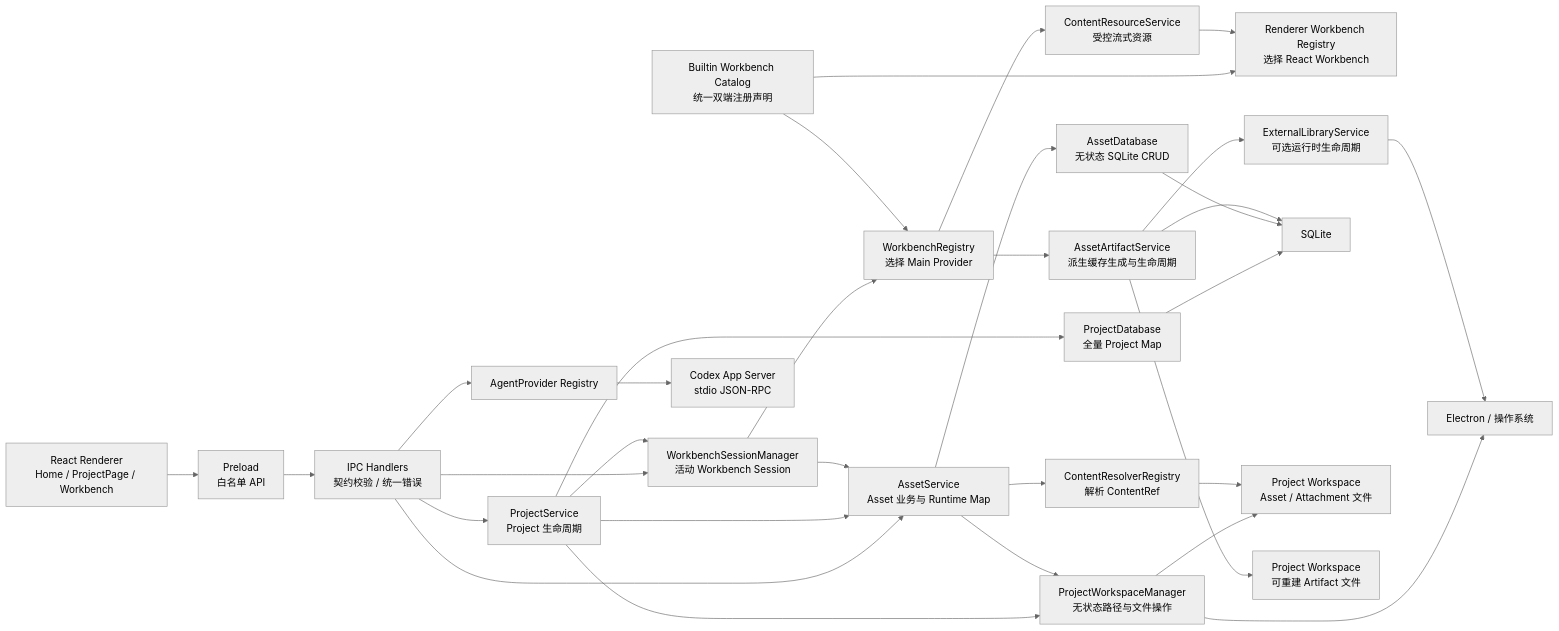
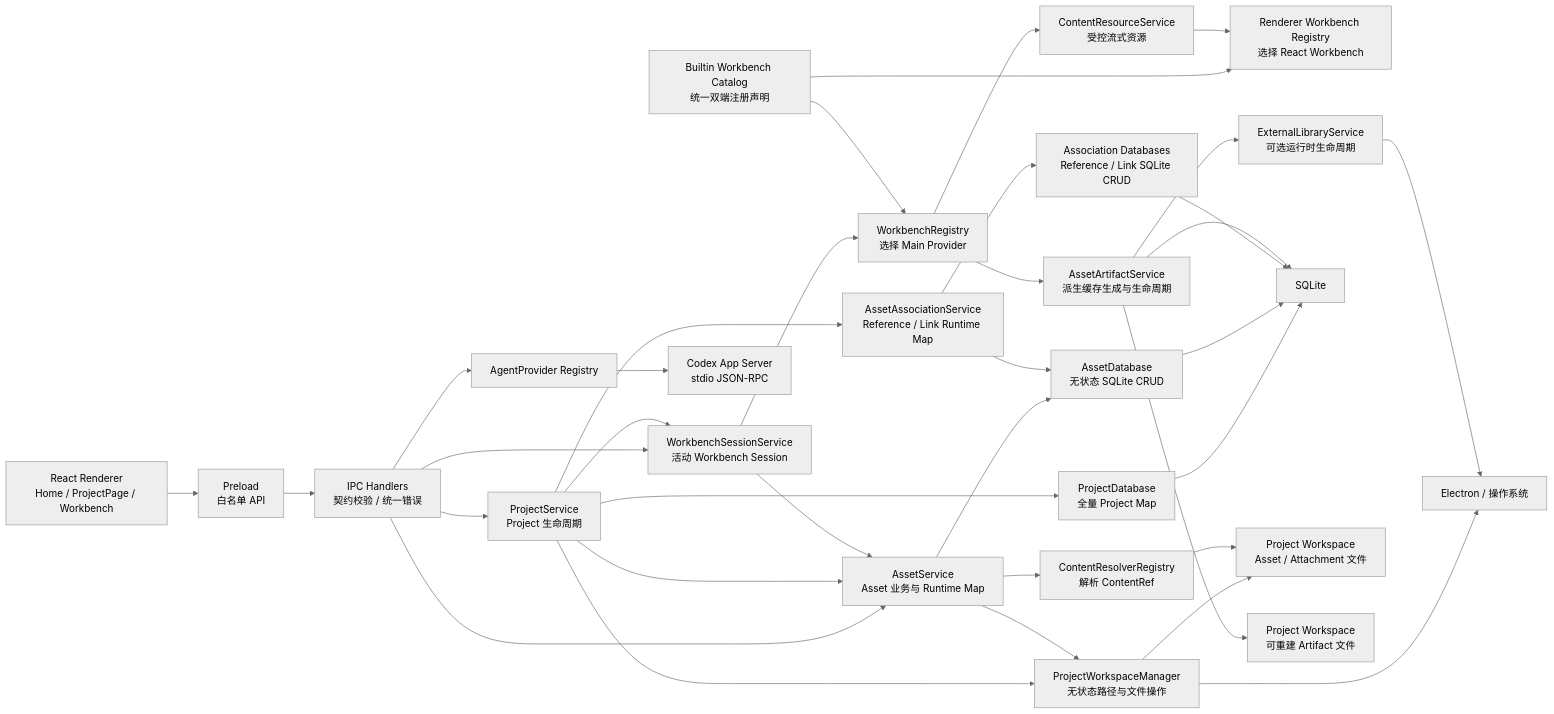
Before and after one commit to wu-tian807/learning-companion: the diagram in TECH_STACK.md, drawn with Mermaid (neutral theme). The commit also changed other lines of this file and 45 other files, not shown here.

Commit message:
功能：建立 Asset 关联与 Mind Map 基础

````diff
--- a/TECH_STACK.md
+++ b/TECH_STACK.md
@@ -97,64 +97,70 @@
 ```mermaid
 flowchart LR
     UI["React Renderer<br/>Home / ProjectPage / Workbench"]
     PRELOAD["Preload<br/>白名单 API"]
     IPC["IPC Handlers<br/>契约校验 / 统一错误"]
 
     PS["ProjectService<br/>Project 生命周期"]
     AS["AssetService<br/>Asset 业务与 Runtime Map"]
+    AAS["AssetAssociationService<br/>Reference / Link Runtime Map"]
     PDB["ProjectDatabase<br/>全量 Project Map"]
     ADB["AssetDatabase<br/>无状态 SQLite CRUD"]
+    AADB["Association Databases<br/>Reference / Link SQLite CRUD"]
     PWM["ProjectWorkspaceManager<br/>无状态路径与文件操作"]
 
-    WSM["WorkbenchSessionManager<br/>活动 Workbench Session"]
+    WSS["WorkbenchSessionService<br/>活动 Workbench Session"]
     WR["WorkbenchRegistry<br/>选择 Main Provider"]
     WC["Builtin Workbench Catalog<br/>统一双端注册声明"]
     CR["ContentResolverRegistry<br/>解析 ContentRef"]
     RS["ContentResourceService<br/>受控流式资源"]
     RR["Renderer Workbench Registry<br/>选择 React Workbench"]
     ARTS["AssetArtifactService<br/>派生缓存生成与生命周期"]
     EXT["ExternalLibraryService<br/>可选运行时生命周期"]
 
     DB["SQLite"]
     FILES["Project Workspace<br/>Asset / Attachment 文件"]
     ARTIFACTS["Project Workspace<br/>可重建 Artifact 文件"]
     OS["Electron / 操作系统"]
 
     AGENT["AgentProvider Registry"]
     CODEX["Codex App Server<br/>stdio JSON-RPC"]
 
     UI --> PRELOAD --> IPC
     IPC --> PS
     IPC --> AS
-    IPC --> WSM
+    IPC --> WSS
 
     PS --> PDB
     PS --> AS
-    PS --> WSM
+    PS --> AAS
+    PS --> WSS
     PS --> PWM
 
     AS --> ADB
     AS --> CR
     AS --> PWM
+    AAS --> ADB
+    AAS --> AADB
 
     PDB --> DB
     ADB --> DB
+    AADB --> DB
     PWM --> FILES
     PWM --> OS
 
-    WSM --> AS
-    WSM --> WR
+    WSS --> AS
+    WSS --> WR
     WC --> WR
     WC --> RR
     CR --> FILES
     WR --> RS
     WR --> ARTS
     ARTS --> DB
     ARTS --> ARTIFACTS
     ARTS --> EXT
     EXT --> OS
     RS --> RR
 
     IPC --> AGENT
     AGENT --> CODEX
 ```
````
